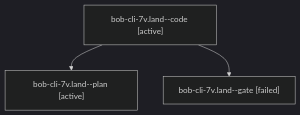
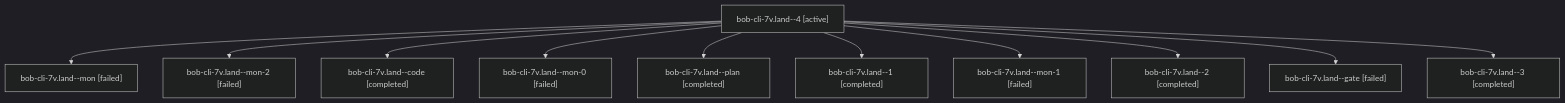
Before and after one commit to bobs-org/bob-cli--agents: the diagram in sessions/bbugyi200.athena.bob-cli-7v.land.md, drawn with Mermaid (dark theme). The commit also changed other lines of this file and 91 other files, not shown here.

````diff
--- a/sessions/bbugyi200.athena.bob-cli-7v.land.md
+++ b/sessions/bbugyi200.athena.bob-cli-7v.land.md
@@ -9,8 +9,24 @@
 ```mermaid
 flowchart TD
-  n0["bob-cli-7v.land--code [active]"]
-  n1["bob-cli-7v.land--plan [active]"]
+  n0["bob-cli-7v.land--4 [active]"]
+  n1["bob-cli-7v.land--mon [failed]"]
   n0 --> n1
-  n2["bob-cli-7v.land--gate [failed]"]
+  n2["bob-cli-7v.land--mon-2 [failed]"]
   n0 --> n2
+  n3["bob-cli-7v.land--code [completed]"]
+  n0 --> n3
+  n4["bob-cli-7v.land--mon-0 [failed]"]
+  n0 --> n4
+  n5["bob-cli-7v.land--plan [completed]"]
+  n0 --> n5
+  n6["bob-cli-7v.land--1 [completed]"]
+  n0 --> n6
+  n7["bob-cli-7v.land--mon-1 [failed]"]
+  n0 --> n7
+  n8["bob-cli-7v.land--2 [completed]"]
+  n0 --> n8
+  n9["bob-cli-7v.land--gate [failed]"]
+  n0 --> n9
+  n10["bob-cli-7v.land--3 [completed]"]
+  n0 --> n10
 ```
````
